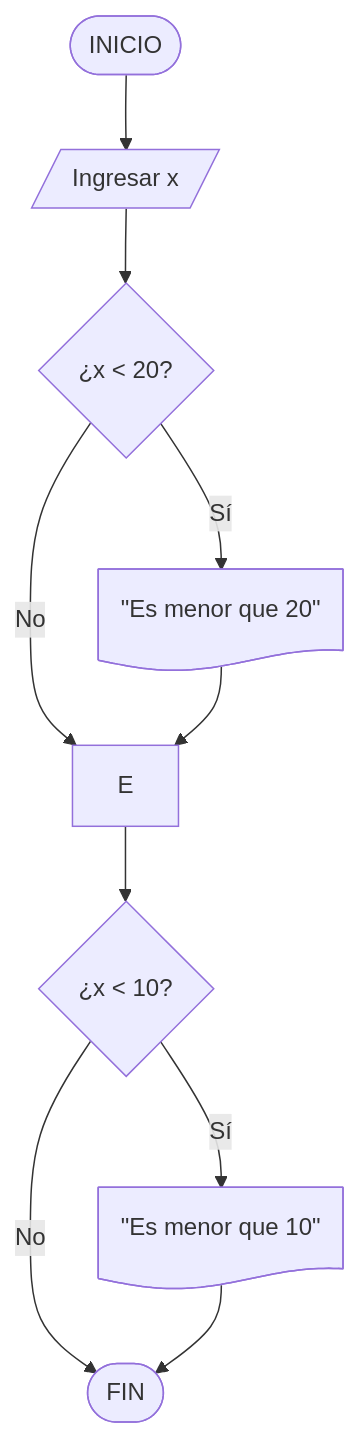
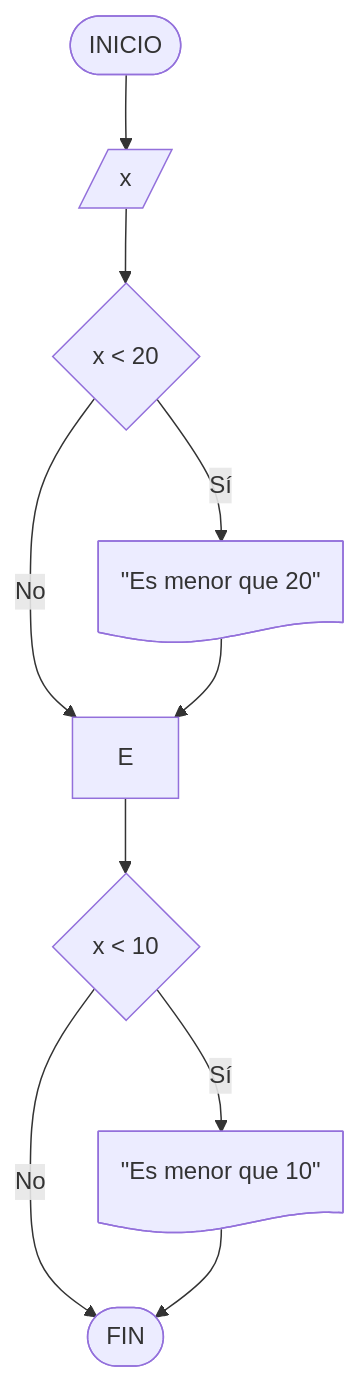
The second of 2 diagrams in docs/core/introduction/coding.md (BenjaminSerrano/principios-programacion), drawn with Mermaid before and after one commit. The commit also changed other lines of this file and 4 other files, not shown here.

First line of the commit message:
Reorganizar contenido y unificar convenciones en diagramas de flujo

````diff
--- a/docs/core/introduction/coding.md
+++ b/docs/core/introduction/coding.md
@@ -231,12 +233,12 @@
     ``` mermaid
     flowchart TD
-        A([INICIO]) --> B[/Ingresar x/]
-        B --> C{"¿x < 20?"}
+        A([INICIO]) --> B[/x/]
+        B --> C{"x < 20"}
         C -->|Sí| D@{ shape: doc, label: "\"Es menor que 20\"" }
         C -->|No| E
         D --> E
-        E --> F{"¿x < 10?"}
+        E --> F{"x < 10"}
         F -->|Sí| G@{ shape: doc, label: "\"Es menor que 10\"" }
         F -->|No| H([FIN])
         G --> H
     ```
````
